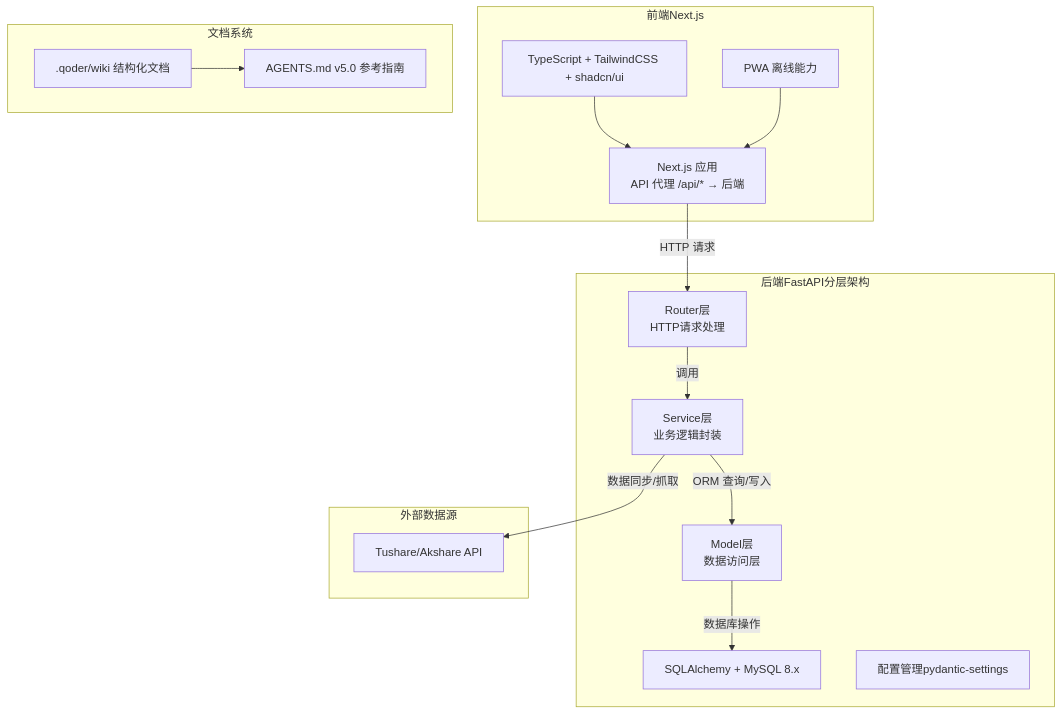
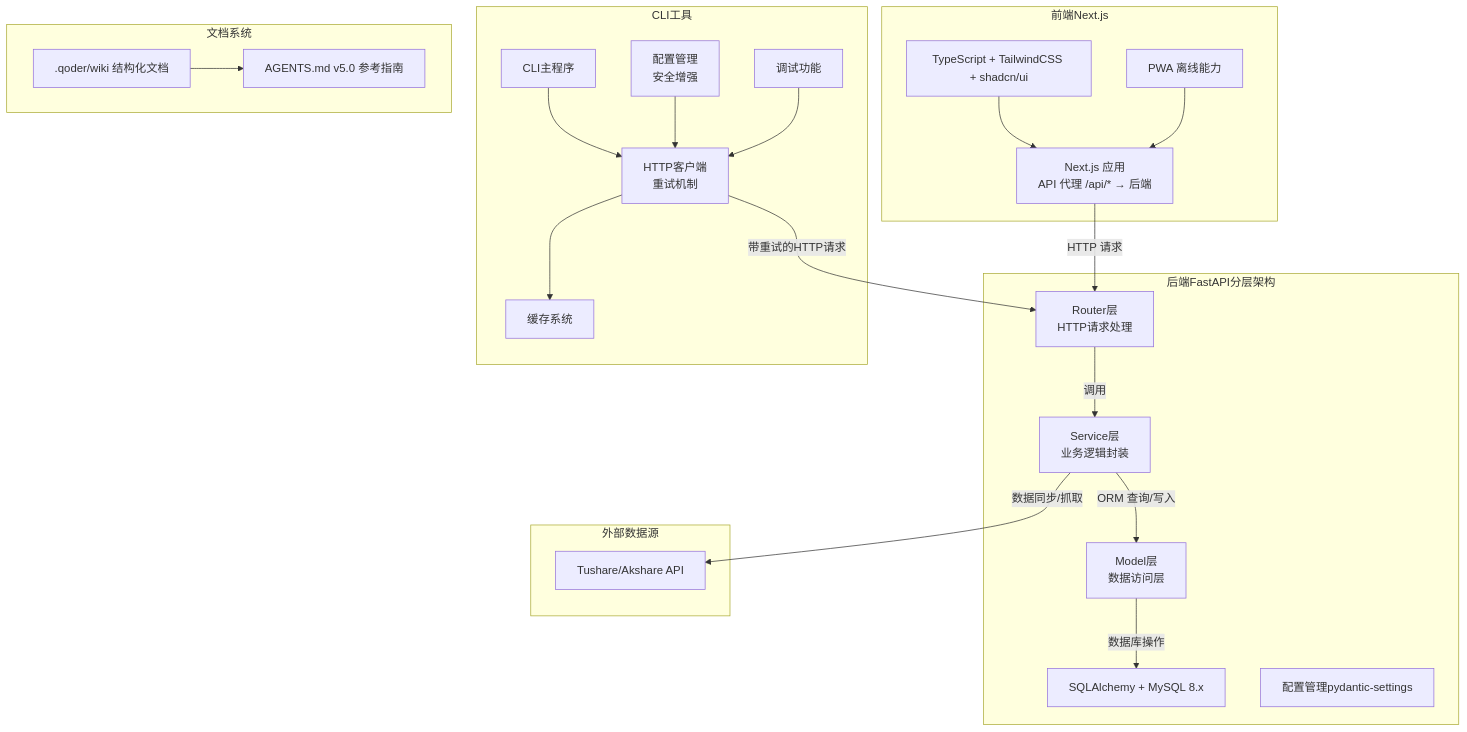
The first of 9 diagrams in .qoder/repowiki/zh/content/开发指南/开发指南.md (gujialind/InvestRing), drawn with Mermaid before and after one commit. The commit also changed other lines of this file and 8 other files, not shown here.

````diff
--- a/.qoder/repowiki/zh/content/开发指南/开发指南.md
+++ b/.qoder/repowiki/zh/content/开发指南/开发指南.md
@@ -65,30 +72,42 @@
 ```mermaid
 graph TB
 subgraph "前端Next.js"
 FE_Next["Next.js 应用<br/>API 代理 /api/* → 后端"]
 FE_TS["TypeScript + TailwindCSS + shadcn/ui"]
 FE_PWA["PWA 离线能力"]
 end
 subgraph "后端FastAPI分层架构"
 BE_ROUTER["Router层<br/>HTTP请求处理"]
 BE_SERVICE["Service层<br/>业务逻辑封装"]
 BE_MODEL["Model层<br/>数据访问层"]
 BE_DB["SQLAlchemy + MySQL 8.x"]
 BE_CFG["配置管理pydantic-settings"]
 end
+subgraph "CLI工具"
+CLI_MAIN["CLI主程序"]
+CLI_CLIENT["HTTP客户端<br/>重试机制"]
+CLI_CONFIG["配置管理<br/>安全增强"]
+CLI_CACHE["缓存系统"]
+CLI_DEBUG["调试功能"]
+end
 subgraph "外部数据源"
 DS_Tushare["Tushare/Akshare API"]
 end
 subgraph "文档系统"
 DOC_WIKI[".qoder/wiki 结构化文档"]
 DOC_AGENTS["AGENTS.md v5.0 参考指南"]
 end
 FE_Next --> |"HTTP 请求"| BE_ROUTER
+CLI_MAIN --> CLI_CLIENT
+CLI_CLIENT --> |"带重试的HTTP请求"| BE_ROUTER
+CLI_CLIENT --> CLI_CACHE
+CLI_CONFIG --> CLI_CLIENT
+CLI_DEBUG --> CLI_CLIENT
 BE_ROUTER --> |"调用"| BE_SERVICE
 BE_SERVICE --> |"ORM 查询/写入"| BE_MODEL
 BE_MODEL --> |"数据库操作"| BE_DB
 BE_SERVICE --> |"数据同步/抓取"| DS_Tushare
 FE_TS --> FE_Next
 FE_PWA --> FE_Next
 DOC_WIKI --> DOC_AGENTS
 ```
````
